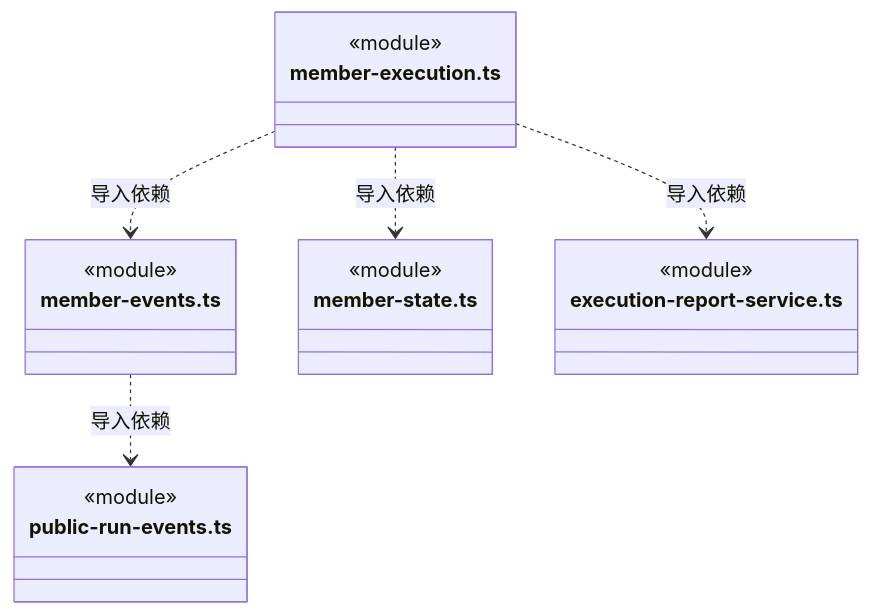
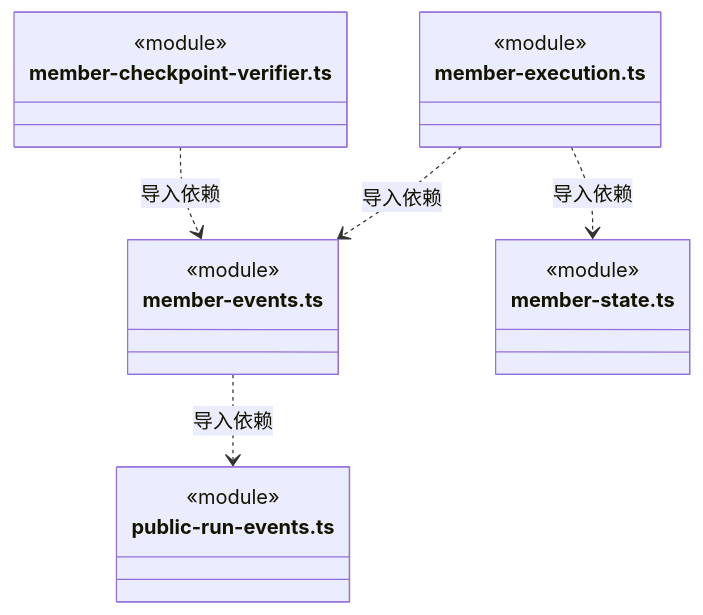
One commit to nan023062/cbim changed diagram 49 of 59 in src/backend/scheduler-engine/execution/ARCHITECTURE.md. Above: the diagram before and after it, drawn with Mermaid. The commit also changed other lines of this file and 52 other files, not shown here.

````diff
--- a/src/backend/scheduler-engine/execution/ARCHITECTURE.md
+++ b/src/backend/scheduler-engine/execution/ARCHITECTURE.md
@@ -1254,22 +1316,22 @@
 ```mermaid
 classDiagram
+class N_src_backend_scheduler_engine_execution_member_checkpoint_verifier_ts["member-checkpoint-verifier.ts"] {
+  <<module>>
+}
 class N_src_backend_scheduler_engine_execution_member_events_ts["member-events.ts"] {
   <<module>>
 }
 class N_src_backend_scheduler_engine_execution_public_run_events_ts["public-run-events.ts"] {
   <<module>>
 }
 class N_src_backend_scheduler_engine_execution_member_execution_ts["member-execution.ts"] {
   <<module>>
 }
 class N_src_backend_scheduler_engine_execution_member_state_ts["member-state.ts"] {
   <<module>>
 }
-class N_src_backend_scheduler_engine_execution_execution_report_service_ts["execution-report-service.ts"] {
-  <<module>>
-}
+N_src_backend_scheduler_engine_execution_member_checkpoint_verifier_ts ..> N_src_backend_scheduler_engine_execution_member_events_ts : 导入依赖
 N_src_backend_scheduler_engine_execution_member_events_ts ..> N_src_backend_scheduler_engine_execution_public_run_events_ts : 导入依赖
 N_src_backend_scheduler_engine_execution_member_execution_ts ..> N_src_backend_scheduler_engine_execution_member_state_ts : 导入依赖
 N_src_backend_scheduler_engine_execution_member_execution_ts ..> N_src_backend_scheduler_engine_execution_member_events_ts : 导入依赖
-N_src_backend_scheduler_engine_execution_member_execution_ts ..> N_src_backend_scheduler_engine_execution_execution_report_service_ts : 导入依赖
 ```
````
